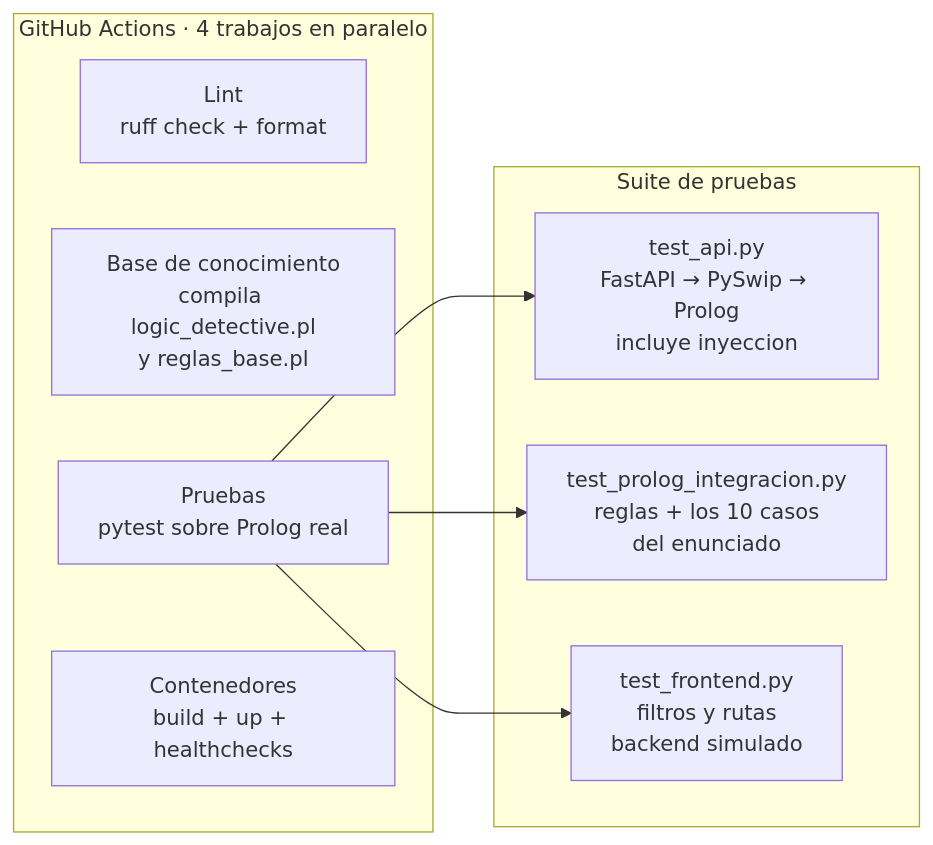
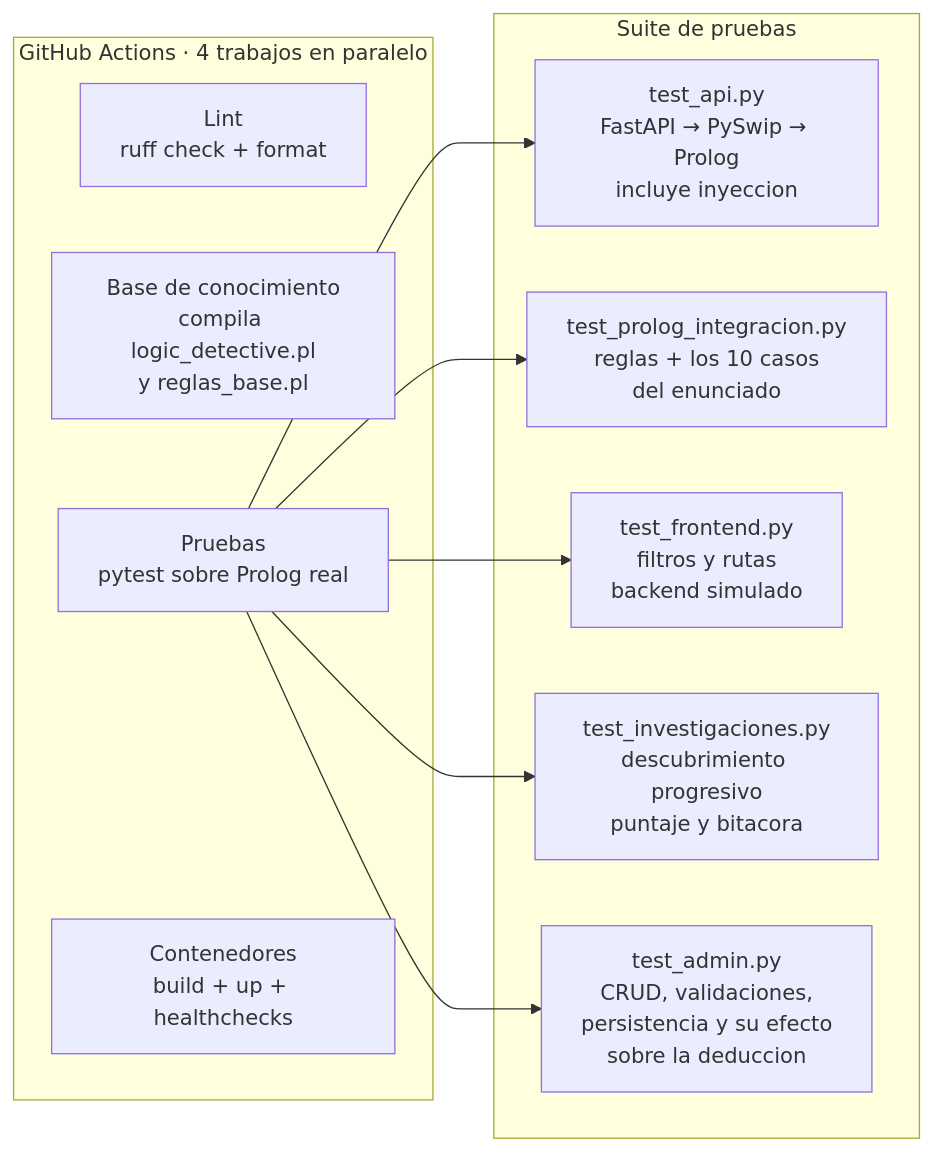
One commit to Alexder14/logic-detective-G15-IA changed the tenth of 10 diagrams in docs/ARQUITECTURA.md. Above: the diagram before and after it, drawn with Mermaid. The commit also changed other lines of this file and 28 other files, not shown here.

Commit message:
feat: modulo administrativo con CRUD completo, persistencia e integracion con la investigacion

````diff
--- a/docs/ARQUITECTURA.md
+++ b/docs/ARQUITECTURA.md
@@ -389,19 +464,23 @@
 ```mermaid
 graph LR
     subgraph CI["GitHub Actions · 4 trabajos en paralelo"]
         J1["Lint<br/>ruff check + format"]
         J2["Base de conocimiento<br/>compila logic_detective.pl<br/>y reglas_base.pl"]
         J3["Pruebas<br/>pytest sobre Prolog real"]
         J4["Contenedores<br/>build + up + healthchecks"]
     end
 
     subgraph SUITE["Suite de pruebas"]
         T1["test_api.py<br/>FastAPI → PySwip → Prolog<br/>incluye inyeccion"]
         T2["test_prolog_integracion.py<br/>reglas + los 10 casos<br/>del enunciado"]
         T3["test_frontend.py<br/>filtros y rutas<br/>backend simulado"]
+        T4["test_investigaciones.py<br/>descubrimiento progresivo<br/>puntaje y bitacora"]
+        T5["test_admin.py<br/>CRUD, validaciones,<br/>persistencia y su efecto<br/>sobre la deduccion"]
     end
 
     J3 --> T1
     J3 --> T2
     J3 --> T3
+    J3 --> T4
+    J3 --> T5
 ```
````
